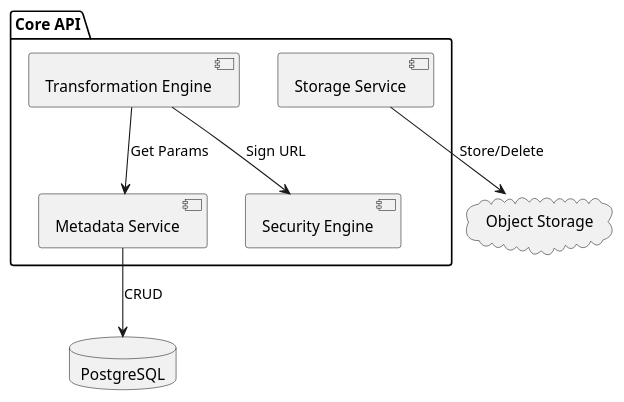
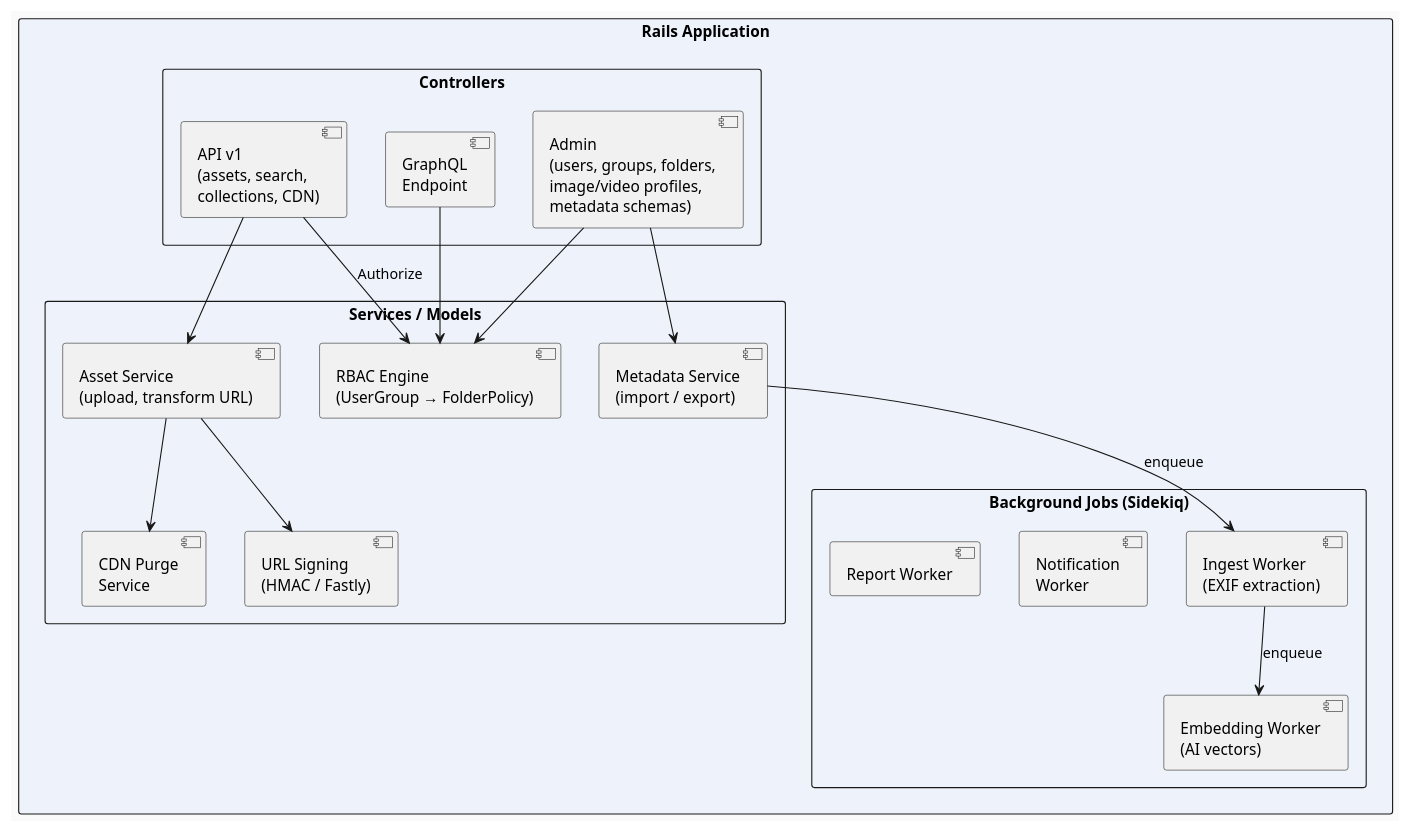
One commit to Capri-Labs/capri-dam changed the second of 2 diagrams in docs/architecture/src/05_building_block_view.adoc. Above: the diagram before and after it, drawn with PlantUML. The commit also changed other lines of this file and 11 other files, not shown here.

Commit message:
GitHub Actions + arc42 theme + updated architecture docs

```diff
--- a/docs/architecture/src/05_building_block_view.adoc
+++ b/docs/architecture/src/05_building_block_view.adoc
@@ -42,19 +80,42 @@
-[plantuml, target="level-2-core-api", format="svg"]
+[plantuml, target="level-2-rails", format="svg"]
 ....
 @startuml
-package "Core API" {
-    component [Storage Service] as StorageSvc
-    component [Metadata Service] as MetaSvc
-    component [Transformation Engine] as URLGen
-    component [Security Engine] as Sec
+skinparam backgroundColor #FAFAFA
+skinparam packageStyle rectangle
+skinparam defaultFontName Helvetica
+
+package "Rails Application" #EEF3FB {
+
+    package "Controllers" {
+        component [API v1\n(assets, search,\ncollections, CDN)] as APICtrl
+        component [Admin\n(users, groups, folders,\nimage/video profiles,\nmetadata schemas)] as AdminCtrl
+        component [GraphQL\nEndpoint] as GQL
+    }
+
+    package "Services / Models" {
+        component [RBAC Engine\n(UserGroup → FolderPolicy)] as RBAC
+        component [Asset Service\n(upload, transform URL)] as AssetSvc
+        component [Metadata Service\n(import / export)] as MetaSvc
+        component [URL Signing\n(HMAC / Fastly)] as URLSign
+        component [CDN Purge\nService] as Purge
+    }
+
+    package "Background Jobs (Sidekiq)" {
+        component [Ingest Worker\n(EXIF extraction)] as Ingest
+        component [Embedding Worker\n(AI vectors)] as Embed
+        component [Notification\nWorker] as Notify
+        component [Report Worker] as Report
+    }
 }
 
-database "PostgreSQL" as DB
-cloud "Object Storage" as Cloud
-
-StorageSvc --> Cloud : "Store/Delete"
-MetaSvc --> DB : "CRUD"
-URLGen --> MetaSvc : "Get Params"
-URLGen --> Sec : "Sign URL"
+APICtrl   --> RBAC    : Authorize
+APICtrl   --> AssetSvc
+AdminCtrl --> RBAC
+AdminCtrl --> MetaSvc
+GQL       --> RBAC
+AssetSvc  --> URLSign
+AssetSvc  --> Purge
+MetaSvc   --> Ingest  : enqueue
+Ingest    --> Embed   : enqueue
 @enduml
 ....
```
